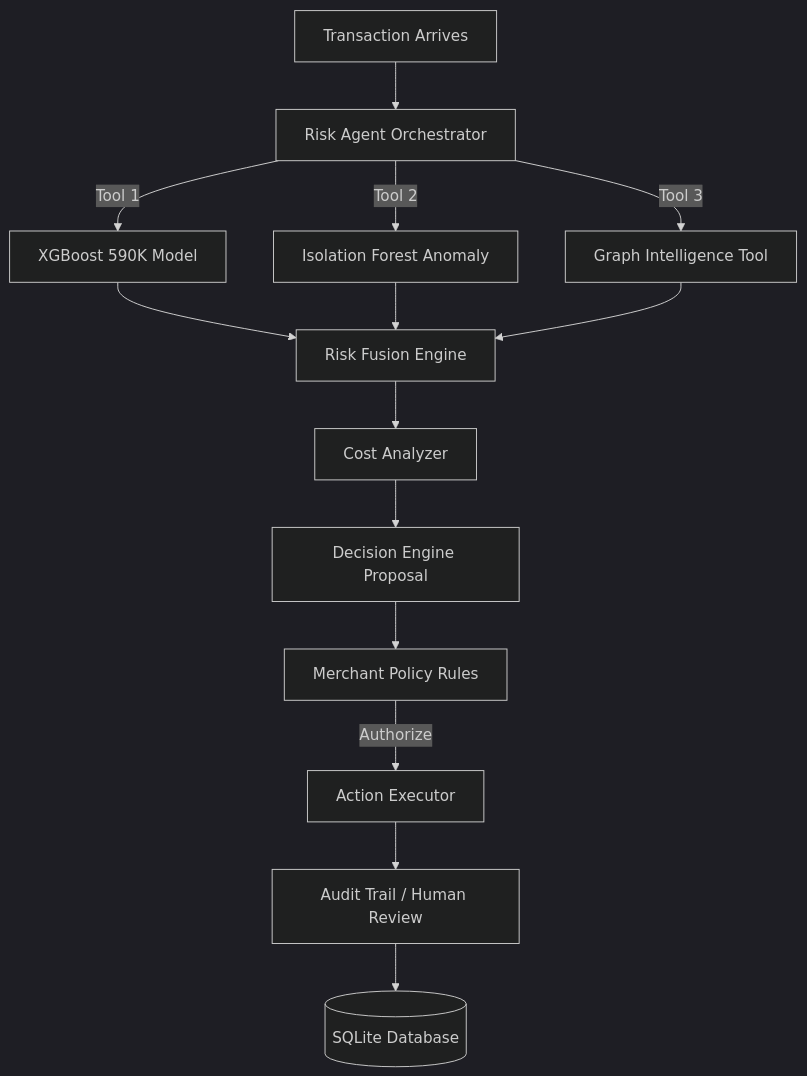
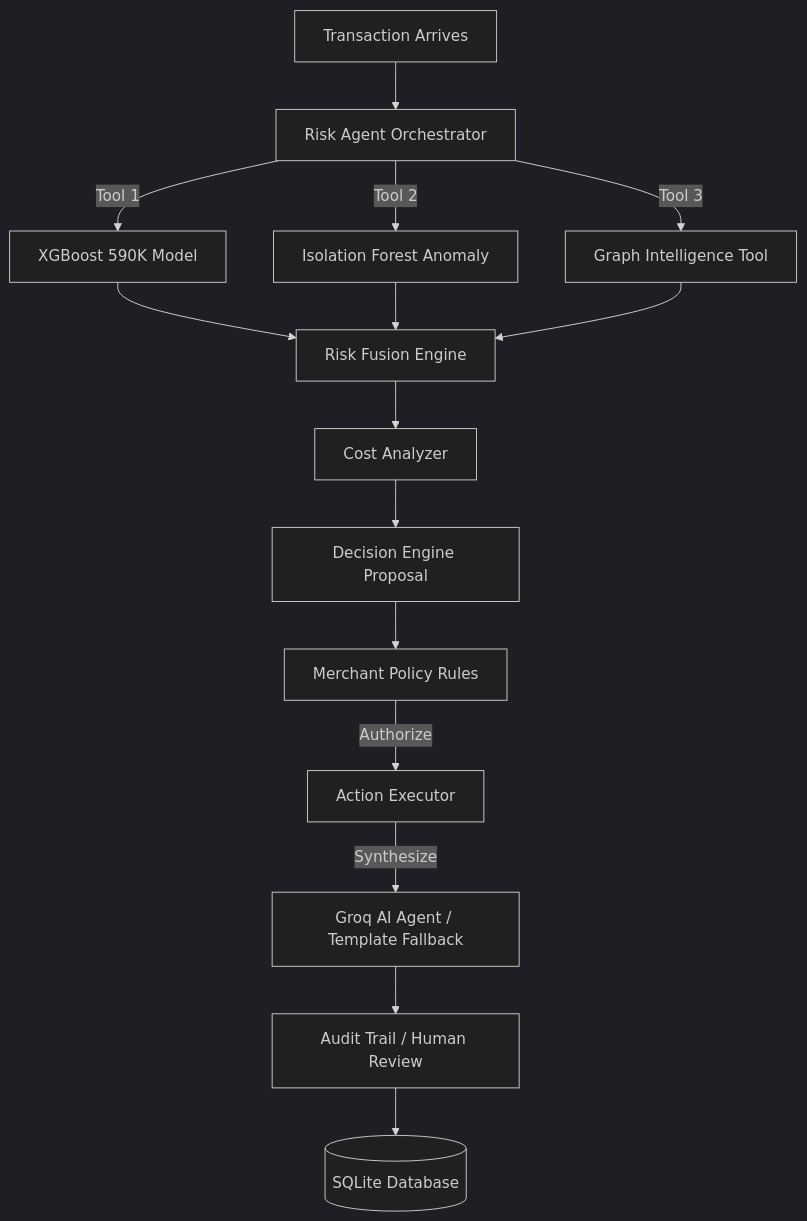
The diagram in README.md (Kriti-kumari221/AI_Risk), drawn with Mermaid (dark theme) before and after one commit. The commit also changed other lines of this file and 4 other files, not shown here.

````diff
--- a/README.md
+++ b/README.md
@@ -17,16 +38,17 @@
 ```mermaid
 graph TD
     TX[Transaction Arrives] --> Agent[Risk Agent Orchestrator]
     Agent --> |Tool 1| XGB[XGBoost 590K Model]
     Agent --> |Tool 2| Anom[Isolation Forest Anomaly]
     Agent --> |Tool 3| Graph[Graph Intelligence Tool]
     XGB --> Fusion[Risk Fusion Engine]
     Anom --> Fusion
     Graph --> Fusion
     Fusion --> Cost[Cost Analyzer]
     Cost --> Decision[Decision Engine Proposal]
     Decision --> Policy[Merchant Policy Rules]
     Policy --> |Authorize| Action[Action Executor]
-    Action --> Audit[Audit Trail / Human Review]
+    Action --> |Synthesize| Groq[Groq AI Agent / Template Fallback]
+    Groq --> Audit[Audit Trail / Human Review]
     Audit --> DB[(SQLite Database)]
 ```
````
